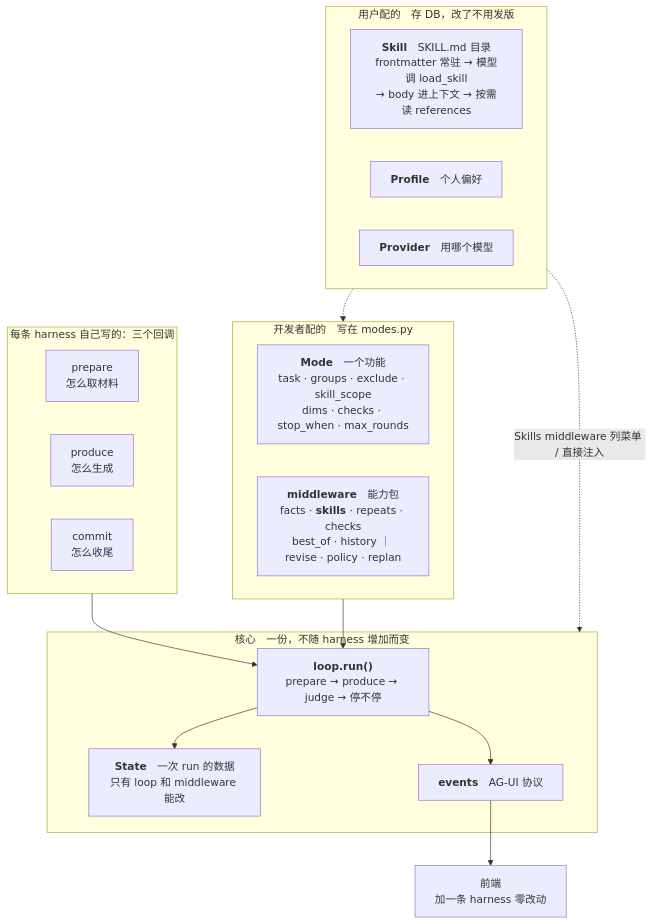
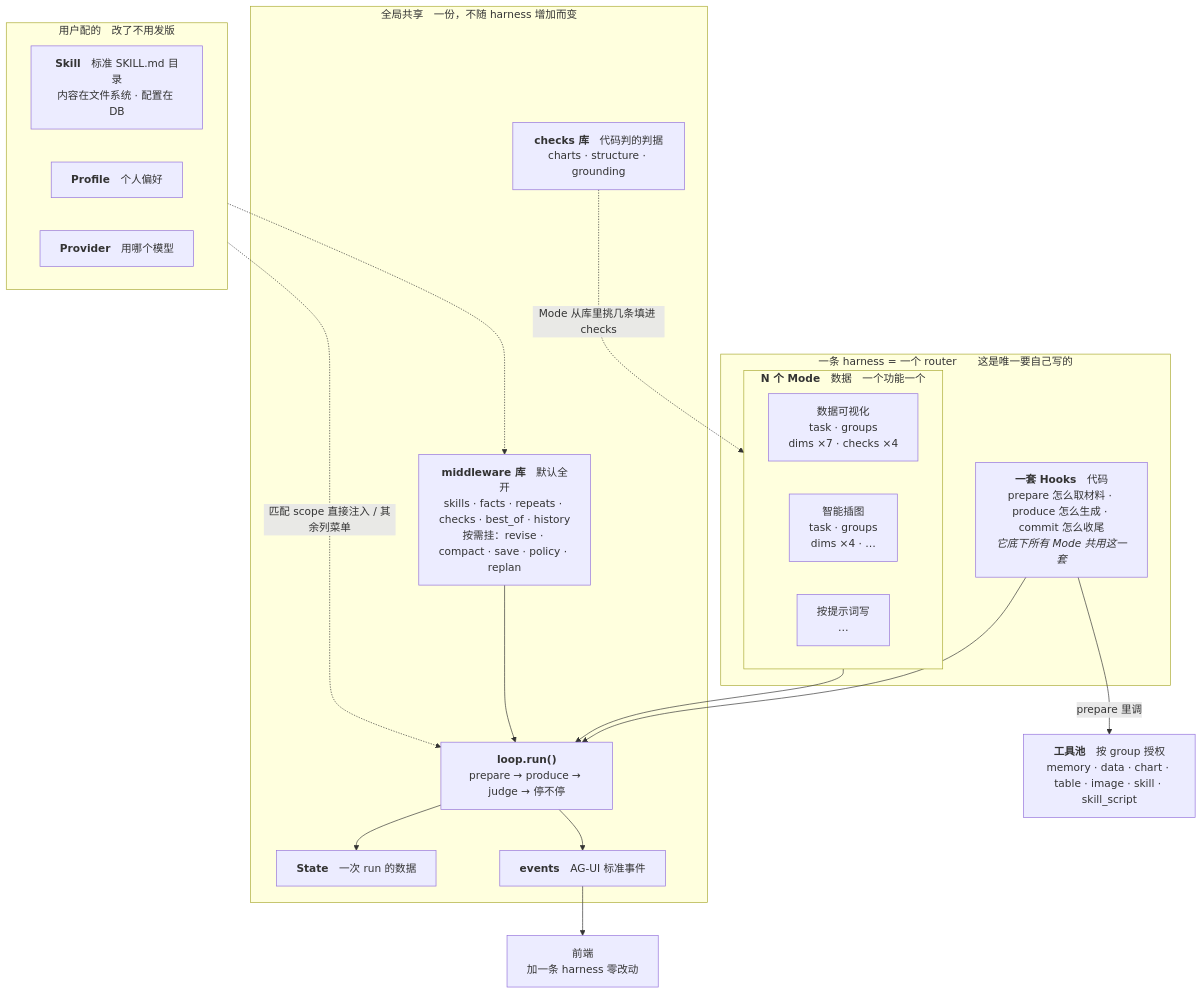
One commit to huilongbaba/MEMOKET_NOTE changed the first of 2 diagrams in docs/harness-framework.md. Above: the diagram before and after it, drawn with Mermaid. The commit also changed other lines of this file and 65 other files, not shown here.

````diff
--- a/docs/harness-framework.md
+++ b/docs/harness-framework.md
@@ -18,36 +16,40 @@
 ```mermaid
 flowchart TB
-    subgraph USER["用户配的　存 DB，改了不用发版"]
+    subgraph HARNESS["一条 harness = 一个 router　　这是唯一要自己写的"]
+        HOOK["<b>一套 Hooks</b>　代码<br/>prepare 怎么取材料 · produce 怎么生成 · commit 怎么收尾<br/><i>它底下所有 Mode 共用这一套</i>"]
+        subgraph MODES["<b>N 个 Mode</b>　数据　一个功能一个"]
+            direction LR
+            M1["数据可视化<br/>task · groups<br/>dims ×7 · checks ×4"]
+            M2["智能插图<br/>task · groups<br/>dims ×4 · …"]
+            M3["按提示词写<br/>…"]
+        end
+    end
+
+    subgraph LIB["全局共享　一份，不随 harness 增加而变"]
+        LOOP["<b>loop.run()</b><br/>prepare → produce → judge → 停不停"]
+        MW["<b>middleware 库</b>　默认全开<br/>skills · facts · repeats · checks · best_of · history<br/>按需挂：revise · compact · save · policy · replan"]
+        CK["<b>checks 库</b>　代码判的判据<br/>charts · structure · grounding"]
+        ST["<b>State</b>　一次 run 的数据"]
+        EVT["<b>events</b>　AG-UI 标准事件"]
+    end
+
+    subgraph USER["用户配的　改了不用发版"]
         direction LR
-        SK["<b>Skill</b>　SKILL.md 目录<br/>frontmatter 常驻 → 模型调 load_skill<br/>→ body 进上下文 → 按需读 references"]
+        SK["<b>Skill</b>　标准 SKILL.md 目录<br/>内容在文件系统 · 配置在 DB"]
         PF["<b>Profile</b>　个人偏好"]
         PV["<b>Provider</b>　用哪个模型"]
     end
 
-    subgraph DEV["开发者配的　写在 modes.py"]
-        direction LR
-        MODE["<b>Mode</b>　一个功能<br/>task · groups · exclude · skill_scope<br/>dims · checks · stop_when · max_rounds"]
-        MW["<b>middleware</b>　能力包<br/>facts · <b>skills</b> · repeats · checks<br/>best_of · history ｜ revise · policy · replan"]
-    end
+    TOOLS["<b>工具池</b>　按 group 授权<br/>memory · data · chart · table · image · skill · skill_script"]
 
-    subgraph CORE["核心　一份，不随 harness 增加而变"]
-        LOOP["<b>loop.run()</b><br/>prepare → produce → judge → 停不停"]
-        ST["<b>State</b>　一次 run 的数据<br/>只有 loop 和 middleware 能改"]
-        EVT["<b>events</b>　AG-UI 协议"]
-    end
-
-    subgraph HK["每条 harness 自己写的：三个回调"]
-        direction LR
-        H1["prepare<br/>怎么取材料"]
-        H2["produce<br/>怎么生成"]
-        H3["commit<br/>怎么收尾"]
-    end
-
-    SK -.->|"Skills middleware 列菜单 / 直接注入"| CORE
-    PF -.-> MW
-    DEV --> LOOP
-    HK --> LOOP
+    HOOK --> LOOP
+    MODES --> LOOP
+    CK -.->|"Mode 从库里挑几条填进 checks"| MODES
+    MW --> LOOP
     LOOP --> ST
     LOOP --> EVT
+    HOOK -->|"prepare 里调"| TOOLS
+    SK -.->|"匹配 scope 直接注入 / 其余列菜单"| LOOP
+    PF -.-> MW
     EVT --> FE["前端<br/>加一条 harness 零改动"]
 ```
````
